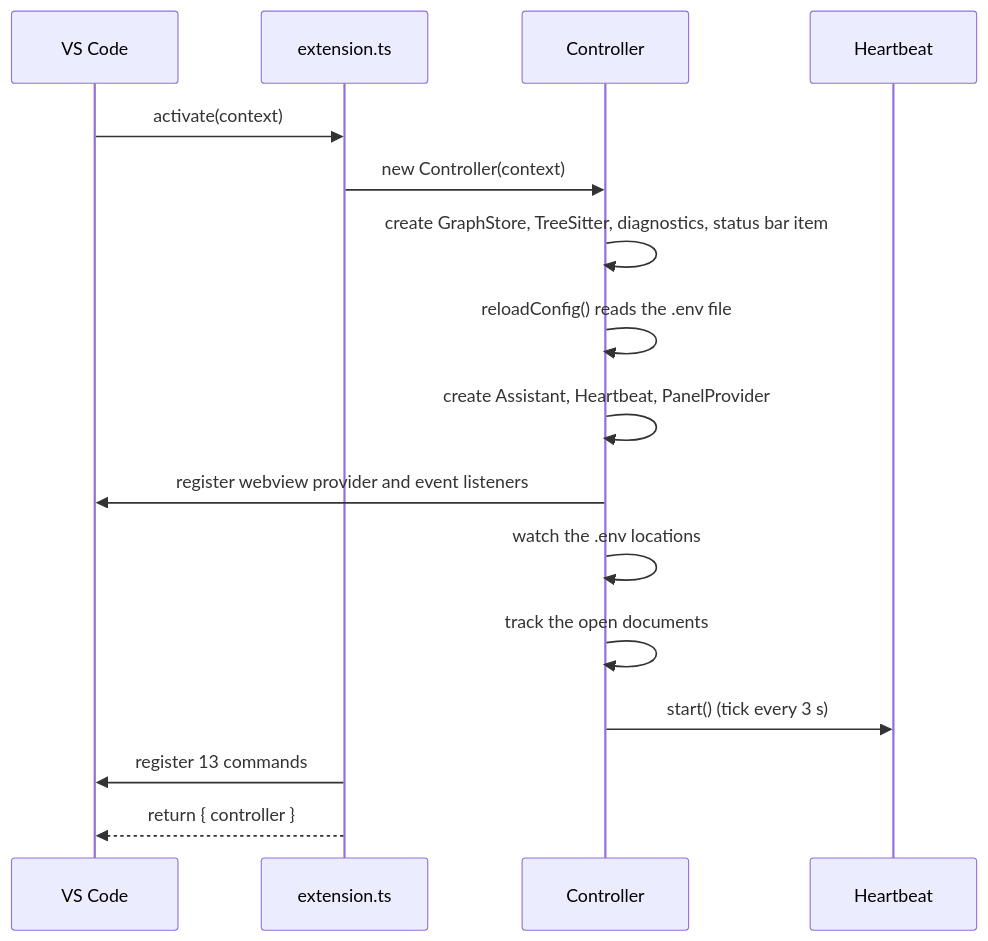
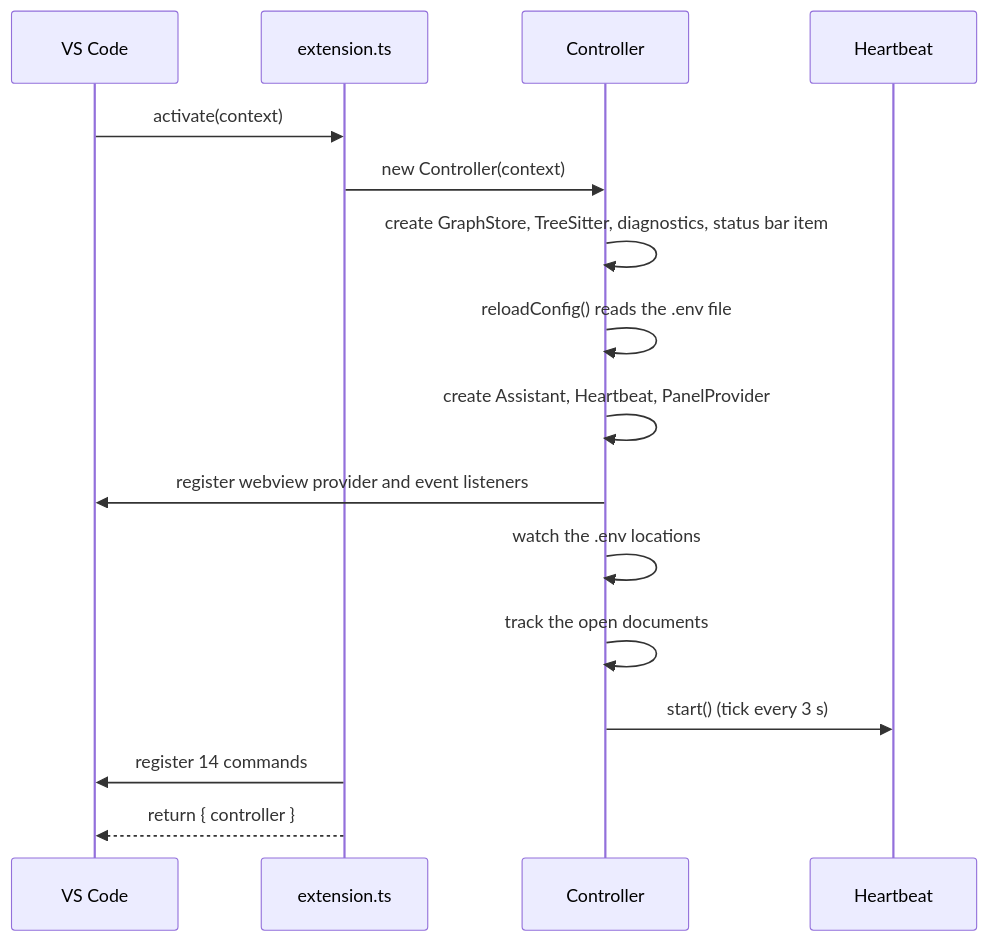
One commit to ErrDivine/Assistive changed the second of 5 diagrams in docs/06-architecture.md. Above: the diagram before and after it, drawn with Mermaid. The commit also changed 22 other files, not shown here.

````diff
--- a/docs/06-architecture.md
+++ b/docs/06-architecture.md
@@ -96,18 +96,18 @@
 ```mermaid
 sequenceDiagram
     participant VS as VS Code
     participant E as extension.ts
     participant C as Controller
     participant H as Heartbeat
     VS->>E: activate(context)
     E->>C: new Controller(context)
     C->>C: create GraphStore, TreeSitter, diagnostics, status bar item
     C->>C: reloadConfig() reads the .env file
     C->>C: create Assistant, Heartbeat, PanelProvider
     C->>VS: register webview provider and event listeners
     C->>C: watch the .env locations
     C->>C: track the open documents
     C->>H: start() (tick every 3 s)
-    E->>VS: register 13 commands
+    E->>VS: register 14 commands
     E-->>VS: return { controller }
 ```
````
